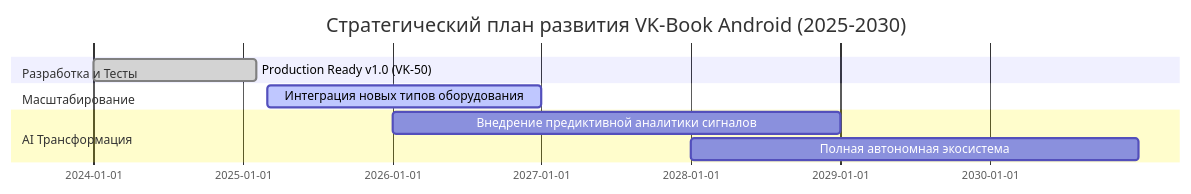
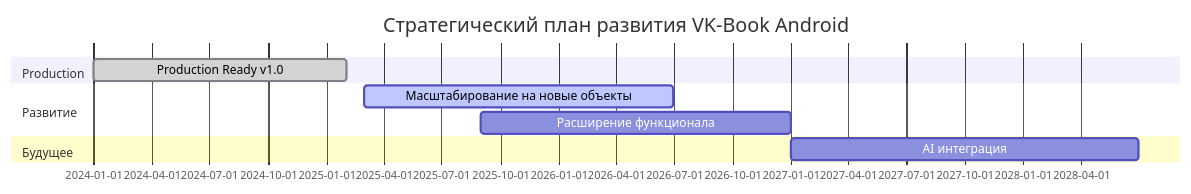
One commit to Flashw0rk/vkbook-showcase-prep changed the second of 2 diagrams in README.md. Above: the diagram before and after it, drawn with Mermaid. The commit also changed other lines of this file, not shown here.

Commit message:
Update README: Remove VK-50 references, fix roadmap timeline (2025-2028), improve Gantt formatting

````diff
--- a/README.md
+++ b/README.md
@@ -105,12 +105,12 @@
 ```mermaid
 gantt
-    title Стратегический план развития VK-Book Android (2025-2030)
+    title Стратегический план развития VK-Book Android
     dateFormat  YYYY-MM-DD
-    section Разработка и Тесты
-    Production Ready v1.0 (VK-50) :done, 2024-01-01, 2025-02-01
-    section Масштабирование
-    Интеграция новых типов оборудования :active, 2025-03-01, 2026-12-31
-    section AI Трансформация
-    Внедрение предиктивной аналитики сигналов : 2026-01-01, 2028-12-31
-    Полная автономная экосистема : 2028-01-01, 2030-12-31
+    section Production
+    Production Ready v1.0 :done, 2024-01-01, 2025-02-01
+    section Развитие
+    Масштабирование на новые объекты :active, 2025-03-01, 2026-06-30
+    Расширение функционала : 2025-09-01, 2026-12-31
+    section Будущее
+    AI интеграция : 2027-01-01, 2028-06-30
 ```
````
